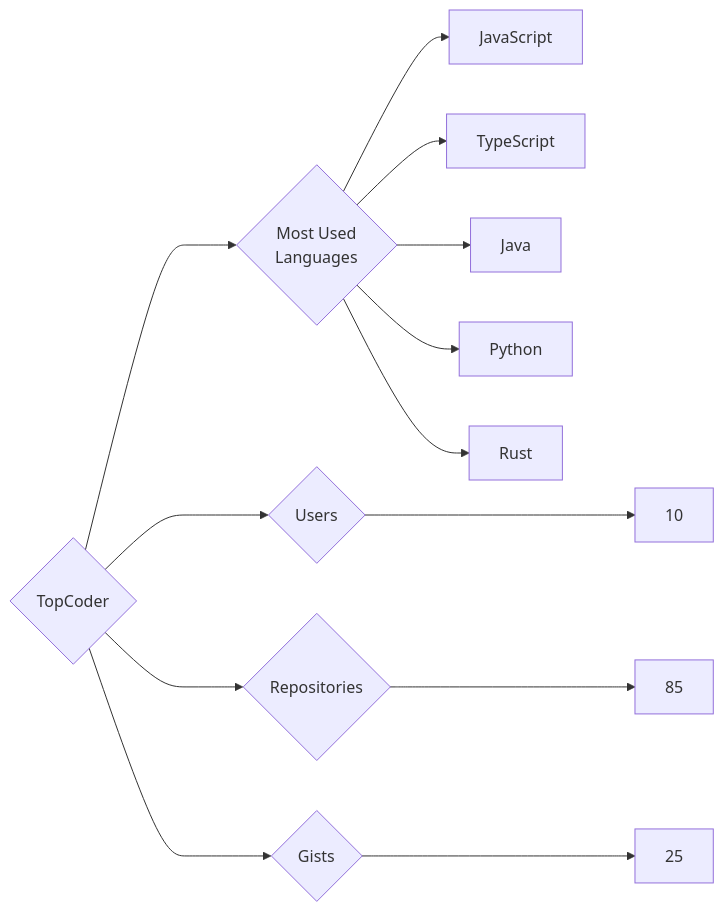
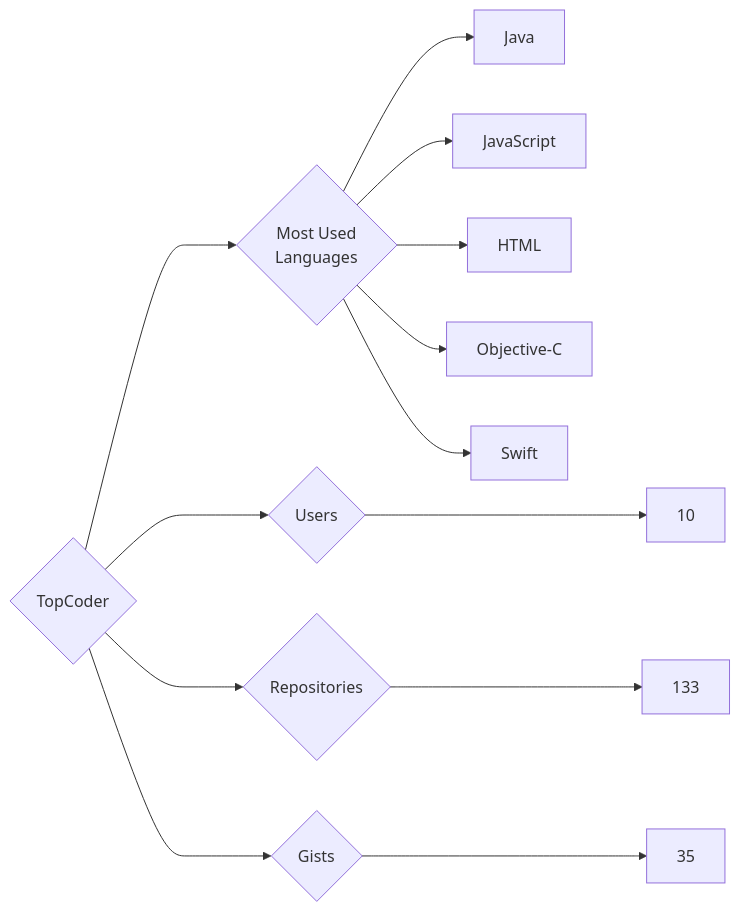
One commit to trickest/insiders changed the diagram in targets/TopCoder/README.md. Above: the diagram before and after it, drawn with Mermaid. The commit also changed 939 other files, not shown here.

````diff
--- a/targets/TopCoder/README.md
+++ b/targets/TopCoder/README.md
@@ -3,13 +3,13 @@
 ```mermaid
 graph LR
 COMPANY_NAME{TopCoder}
 COMPANY_NAME ---> U{Users} ---> UN[10]
-COMPANY_NAME ---> R{Repositories} ---> RN[85]
-COMPANY_NAME ---> G{Gists} ---> GN[25]
+COMPANY_NAME ---> R{Repositories} ---> RN[133]
+COMPANY_NAME ---> G{Gists} ---> GN[35]
 COMPANY_NAME ---> ML{Most Used<br>Languages}
+ML --> Java[Java]
 ML --> JavaScript[JavaScript]
-ML --> TypeScript[TypeScript]
-ML --> Java[Java]
-ML --> Python[Python]
-ML --> Rust[Rust]
+ML --> HTML[HTML]
+ML --> Objective-C[Objective-C]
+ML --> Swift[Swift]
 ```
````
